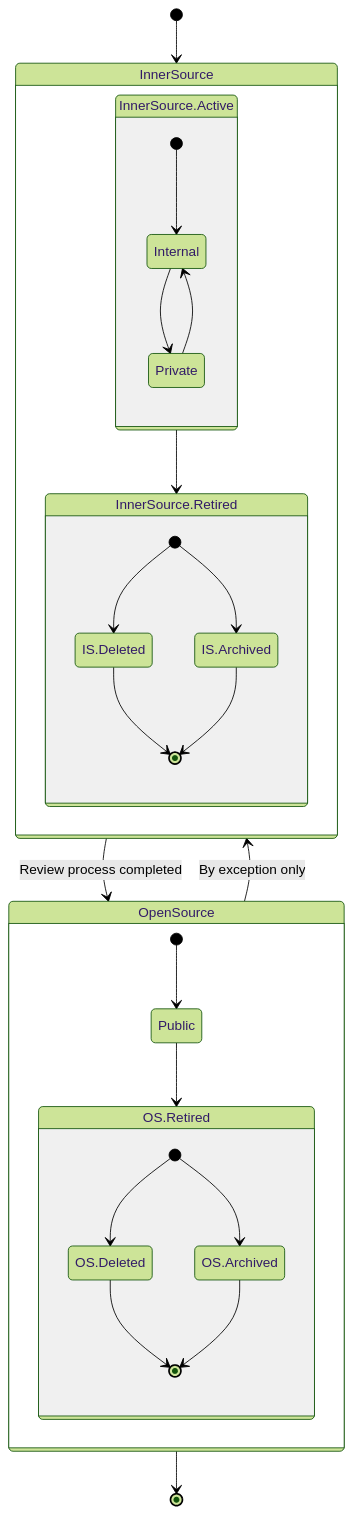
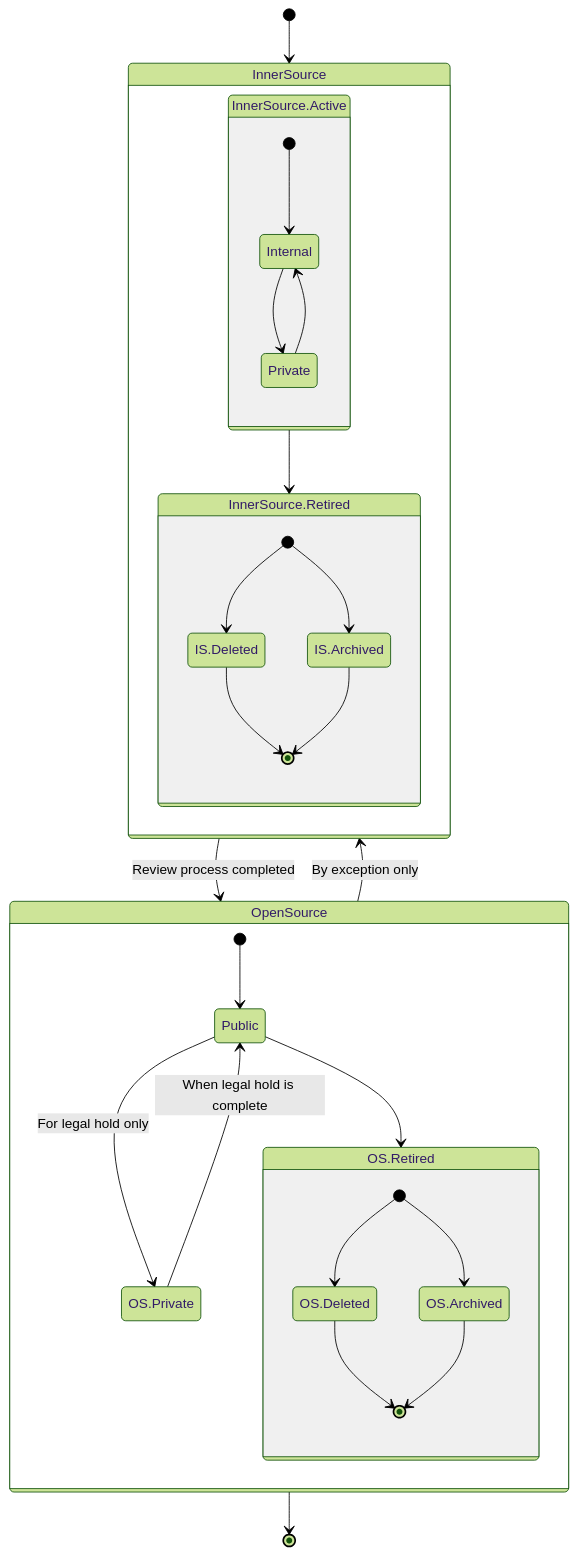
The diagram in docs/diagrams/os-state-machine.mmd (Avanade/approval-system), drawn with Mermaid (forest theme) before and after one commit. The commit also changed other lines of this file and 11 other files, not shown here.

```diff
--- a/docs/diagrams/os-state-machine.mmd
+++ b/docs/diagrams/os-state-machine.mmd
@@ -1,29 +1,31 @@
 stateDiagram-v2
     [*] --> InnerSource
     state InnerSource {
         state InnerSource.Active {
             [*] --> Internal
             Internal --> Private
             Private --> Internal
         }
         InnerSource.Active --> InnerSource.Retired
         state InnerSource.Retired {
             [*] --> IS.Archived
             [*] --> IS.Deleted
             IS.Deleted --> [*]
             IS.Archived --> [*]
         }
     }
     InnerSource --> OpenSource: Review process completed
     state OpenSource {
         [*] --> Public
+        Public --> OS.Private : For legal hold only
+        OS.Private --> Public : When legal hold is complete
         Public --> OS.Retired
         state OS.Retired {
             [*] --> OS.Archived
             [*] --> OS.Deleted
             OS.Deleted --> [*]
             OS.Archived --> [*]
         }
     }
     OpenSource --> InnerSource: By exception only
     OpenSource --> [*]
```
